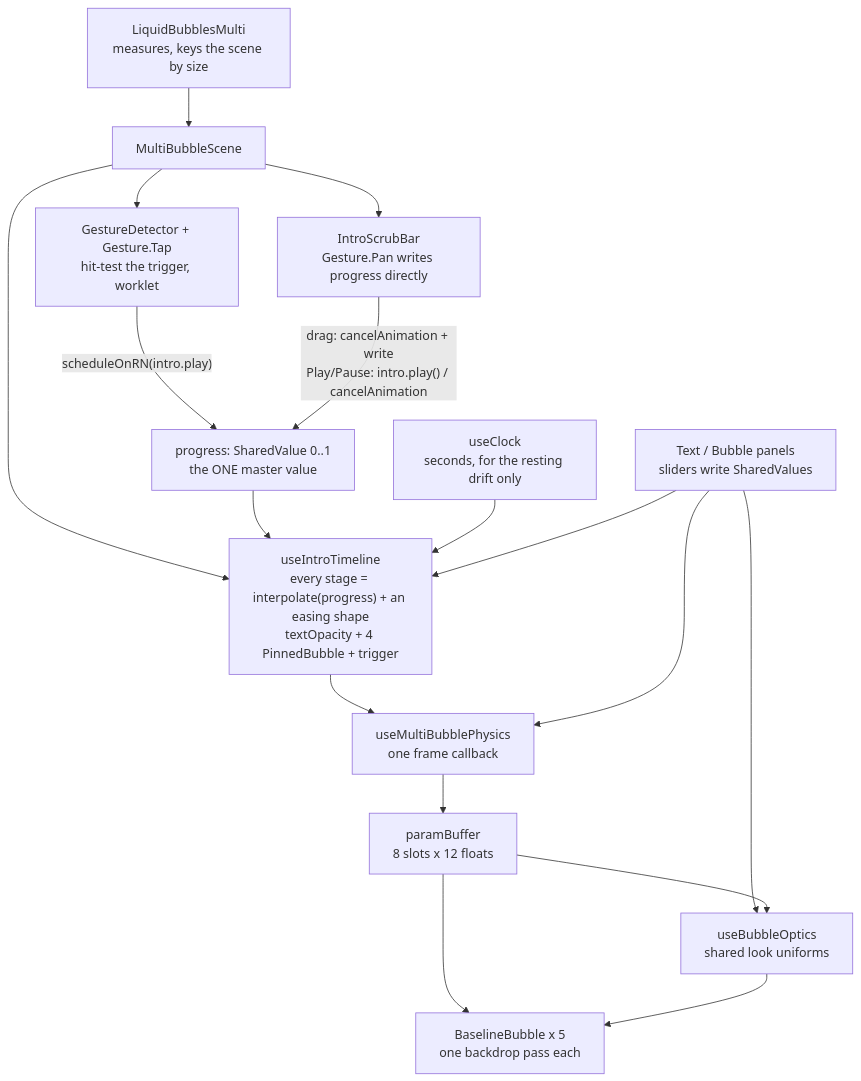
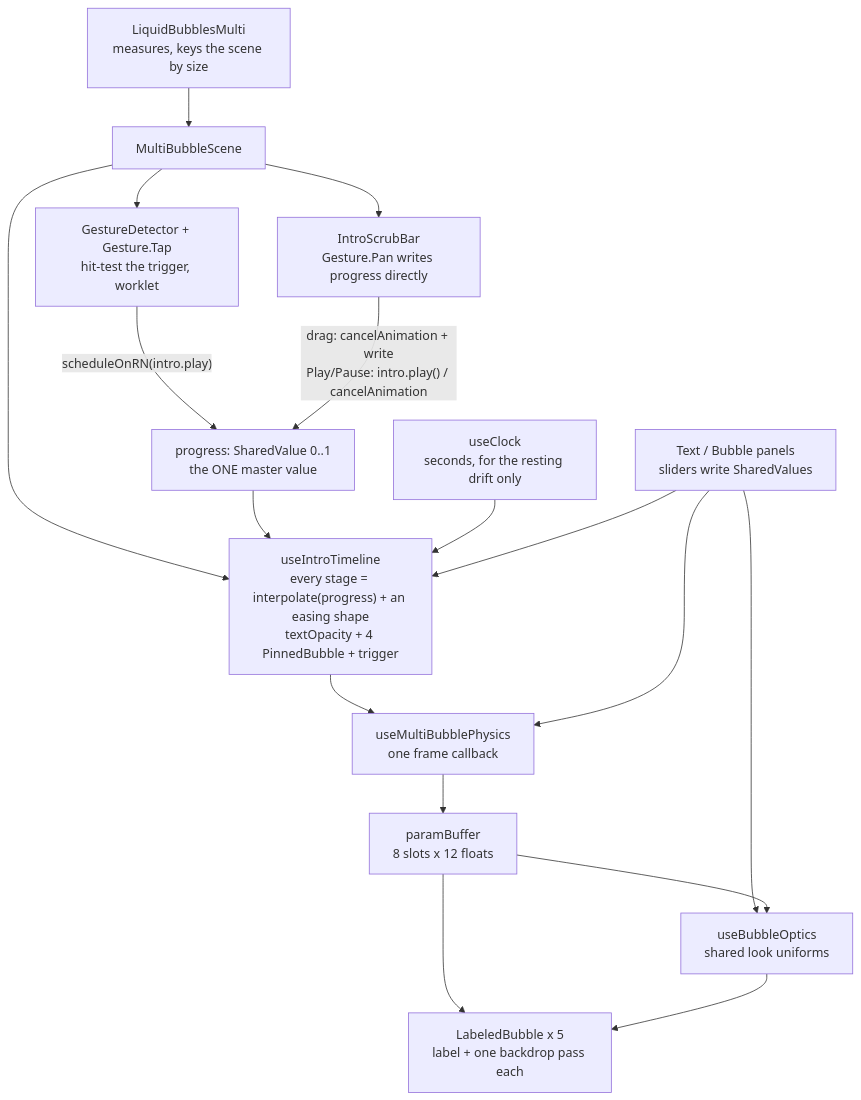
One commit to ImCitizen13/quattro4maggi changed the first of 2 diagrams in src/components/liquid-bubbles-multi/README.md. Above: the diagram before and after it, drawn with Mermaid. The commit also changed other lines of this file and 6 other files, not shown here.

First line of the commit message:
Liquid bubbles multi: per-bubble icons, LabeledBubble, content padding

````diff
--- a/src/components/liquid-bubbles-multi/README.md
+++ b/src/components/liquid-bubbles-multi/README.md
@@ -35,27 +37,27 @@
 ```mermaid
 flowchart TD
     LBM["LiquidBubblesMulti<br/>measures, keys the scene by size"]
     SCENE["MultiBubbleScene"]
     CLOCK["useClock<br/>seconds, for the resting drift only"]
     PANELS["Text / Bubble panels<br/>sliders write SharedValues"]
     GESTURE["GestureDetector + Gesture.Tap<br/>hit-test the trigger, worklet"]
     SCRUB["IntroScrubBar<br/>Gesture.Pan writes progress directly"]
     PROGRESS["progress: SharedValue 0..1<br/>the ONE master value"]
     INTRO["useIntroTimeline<br/>every stage = interpolate(progress) + an easing shape<br/>textOpacity + 4 PinnedBubble + trigger"]
     PHYS["useMultiBubblePhysics<br/>one frame callback"]
     BUF["paramBuffer<br/>8 slots x 12 floats"]
     OPTICS["useBubbleOptics<br/>shared look uniforms"]
-    PASS["BaselineBubble x 5<br/>one backdrop pass each"]
+    PASS["LabeledBubble x 5<br/>label + one backdrop pass each"]
 
     LBM --> SCENE --> INTRO --> PHYS --> BUF --> PASS
     SCENE --> GESTURE
     SCENE --> SCRUB
     GESTURE -- "scheduleOnRN(intro.play)" --> PROGRESS
     SCRUB -- "drag: cancelAnimation + write<br/>Play/Pause: intro.play() / cancelAnimation" --> PROGRESS
     PROGRESS --> INTRO
     CLOCK --> INTRO
     PANELS --> INTRO
     PANELS --> PHYS
     PANELS --> OPTICS
     BUF --> OPTICS --> PASS
 ```
````
